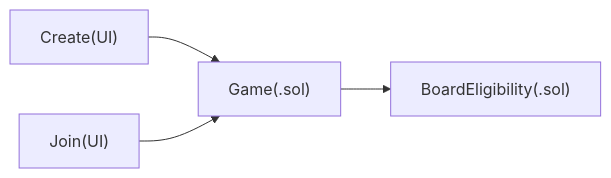
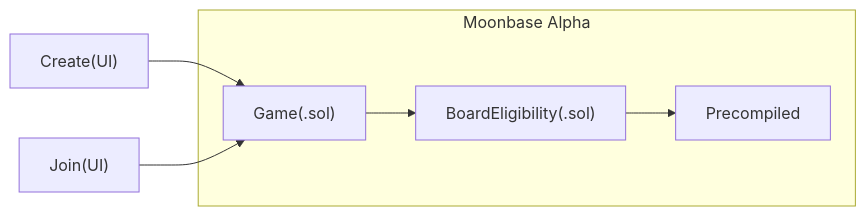
The first of 2 diagrams in README.md (SutuLabs/zkFuture-battleship), drawn with Mermaid before and after one commit. The commit also changed other lines of this file and 1 other file, not shown here.

````diff
--- a/README.md
+++ b/README.md
@@ -33,11 +33,16 @@
 ```mermaid
 flowchart LR
     create["Create(UI)"]
     join["Join(UI)"]
 
-    game["Game(.sol)"]
-    board["BoardEligibility(.sol)"]
+    create --> game
+    join --> game
 
-    create --> game --> board
-    join --> game
+    subgraph moonbeam["Moonbase Alpha"]
+        game["Game(.sol)"]
+        board["BoardEligibility(.sol)"]
+        precompile["Precompiled"]
+
+        game --> board --> precompile
+    end
 ```
````
